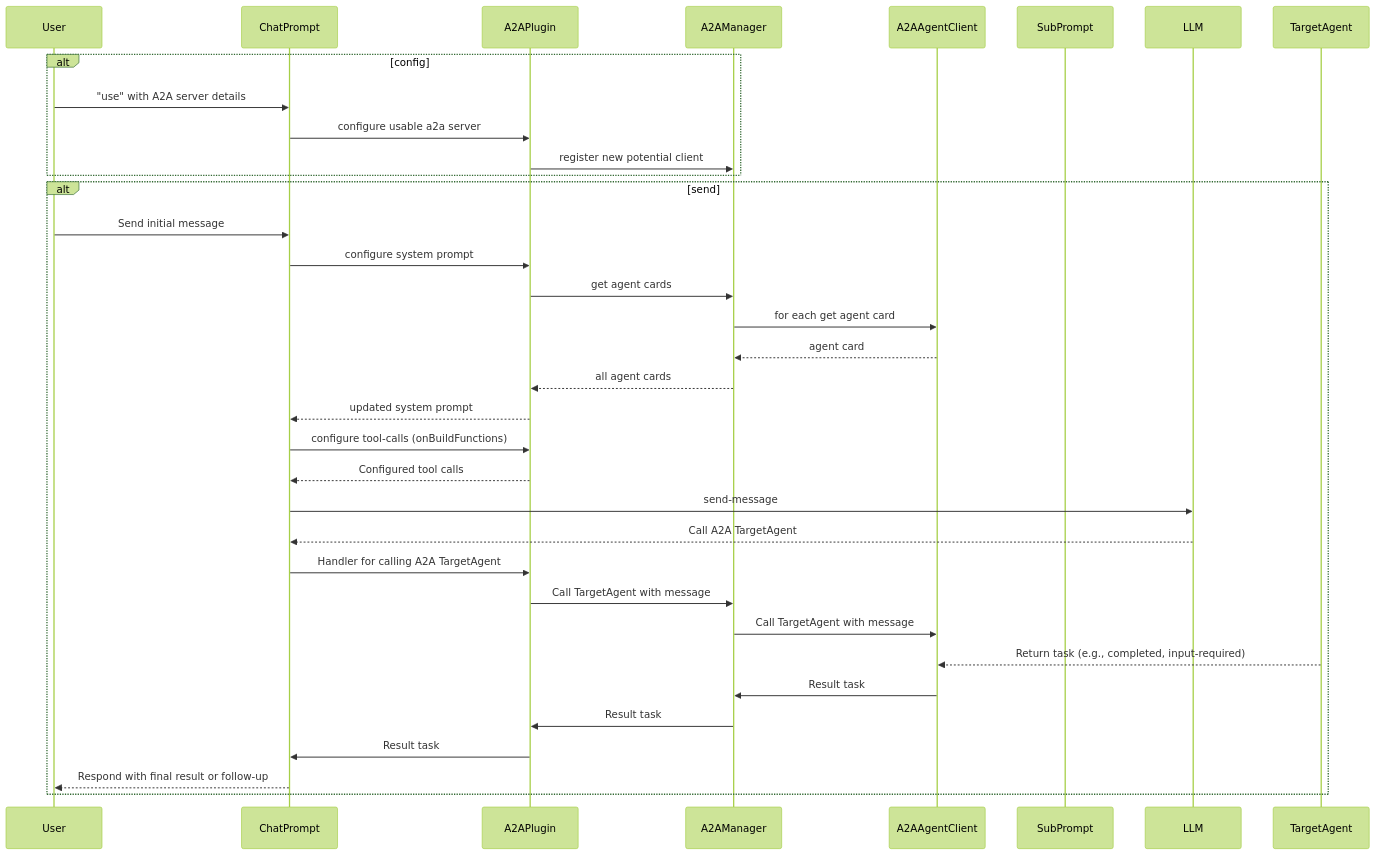
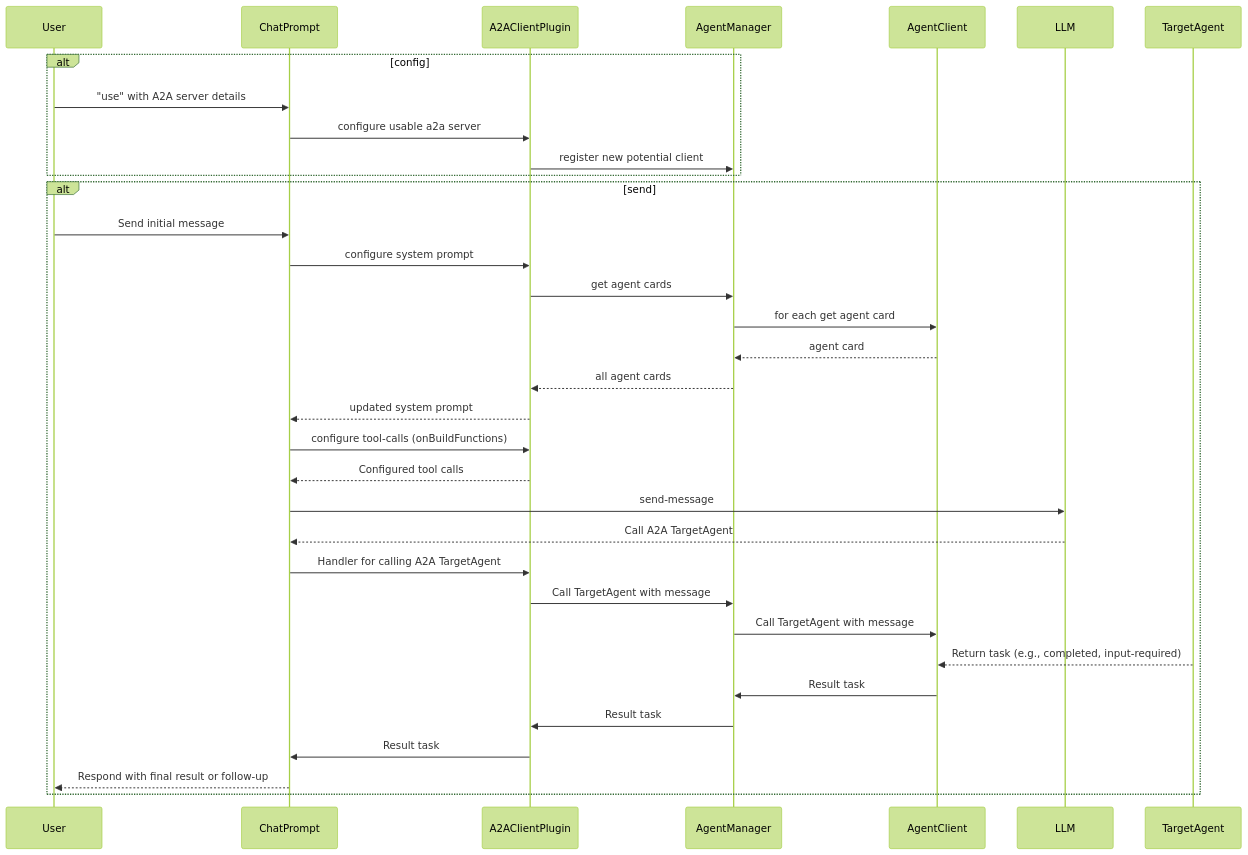
Before and after one commit to microsoft/teams-ai: the diagram in book/src/in-depth-guides/ai/a2a/a2a-client.md, drawn with Mermaid (forest theme). The commit also changed other lines of this file, not shown here.

````diff
--- a/book/src/in-depth-guides/ai/a2a/a2a-client.md
+++ b/book/src/in-depth-guides/ai/a2a/a2a-client.md
@@ -30,38 +36,37 @@
 ```mermaid
 sequenceDiagram
     participant User
     participant ChatPrompt
-    participant A2APlugin
-    participant A2AManager
-    participant A2AAgentClient
-    participant SubPrompt
+    participant A2AClientPlugin
+    participant AgentManager
+    participant AgentClient
     participant LLM
     participant TargetAgent
 
     alt config
         User->>ChatPrompt: "use" with A2A server details
-        ChatPrompt->>A2APlugin: configure usable a2a server
-        A2APlugin->>A2AManager: register new potential client
+        ChatPrompt->>A2AClientPlugin: configure usable a2a server
+        A2AClientPlugin->>AgentManager: register new potential client
     end
     alt send
         User->>ChatPrompt: Send initial message
-        ChatPrompt->>A2APlugin: configure system prompt
-        A2APlugin->>A2AManager: get agent cards
-        A2AManager->>A2AAgentClient: for each get agent card
-        A2AAgentClient-->>A2AManager: agent card
-        A2AManager-->>A2APlugin: all agent cards
-        A2APlugin-->>ChatPrompt: updated system prompt
-        ChatPrompt->>A2APlugin: configure tool-calls (onBuildFunctions)
-        A2APlugin-->>ChatPrompt: Configured tool calls
+        ChatPrompt->>A2AClientPlugin: configure system prompt
+        A2AClientPlugin->>AgentManager: get agent cards
+        AgentManager->>AgentClient: for each get agent card
+        AgentClient-->>AgentManager: agent card
+        AgentManager-->>A2AClientPlugin: all agent cards
+        A2AClientPlugin-->>ChatPrompt: updated system prompt
+        ChatPrompt->>A2AClientPlugin: configure tool-calls (onBuildFunctions)
+        A2AClientPlugin-->>ChatPrompt: Configured tool calls
         ChatPrompt->>LLM: send-message
         LLM-->>ChatPrompt: Call A2A TargetAgent
-        ChatPrompt->>A2APlugin: Handler for calling A2A TargetAgent
-        A2APlugin->>A2AManager: Call TargetAgent with message
-        A2AManager->>A2AAgentClient: Call TargetAgent with message
-        TargetAgent-->>A2AAgentClient: Return task (e.g., completed, input-required)
-        A2AAgentClient->>A2AManager: Result task
-        A2AManager->>A2APlugin: Result task
-        A2APlugin->>ChatPrompt: Result task
+        ChatPrompt->>A2AClientPlugin: Handler for calling A2A TargetAgent
+        A2AClientPlugin->>AgentManager: Call TargetAgent with message
+        AgentManager->>AgentClient: Call TargetAgent with message
+        TargetAgent-->>AgentClient: Return task (e.g., completed, input-required)
+        AgentClient->>AgentManager: Result task
+        AgentManager->>A2AClientPlugin: Result task
+        A2AClientPlugin->>ChatPrompt: Result task
         ChatPrompt-->>User: Respond with final result or follow-up
     end
 ```
````
